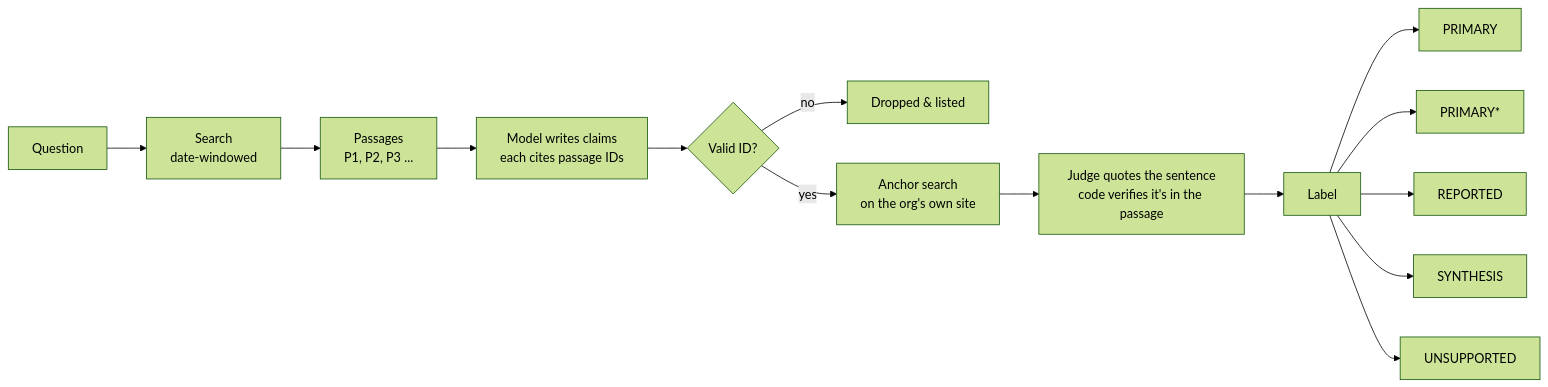
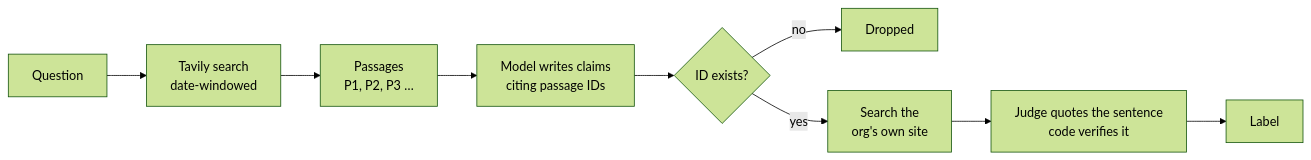
One commit to sudhiraneta/source-anchor changed the diagram in README.md. Above: the diagram before and after it, drawn with Mermaid (forest theme). The commit also changed other lines of this file and 2 other files, not shown here.

````diff
--- a/README.md
+++ b/README.md
@@ -18,16 +85,11 @@
 ```mermaid
 flowchart LR
-    Q[Question] --> S[Search<br/>date-windowed]
-    S --> P["Passages<br/>P1, P2, P3 ..."]
-    P --> W[Model writes claims<br/>each cites passage IDs]
-    W --> D{Valid ID?}
-    D -- no --> X[Dropped & listed]
-    D -- yes --> A[Anchor search<br/>on the org's own site]
-    A --> J[Judge quotes the sentence<br/>code verifies it's in the passage]
+    Q[Question] --> S[Tavily search<br/>date-windowed]
+    S --> P["Passages<br/>P1, P2, P3 …"]
+    P --> W[Model writes claims<br/>citing passage IDs]
+    W --> D{ID exists?}
+    D -- no --> X[Dropped]
+    D -- yes --> A[Search the<br/>org's own site]
+    A --> J[Judge quotes the sentence<br/>code verifies it]
     J --> L[Label]
-    L --> P1[PRIMARY]
-    L --> P2[PRIMARY*]
-    L --> R[REPORTED]
-    L --> SY[SYNTHESIS]
-    L --> U[UNSUPPORTED]
 ```
````
